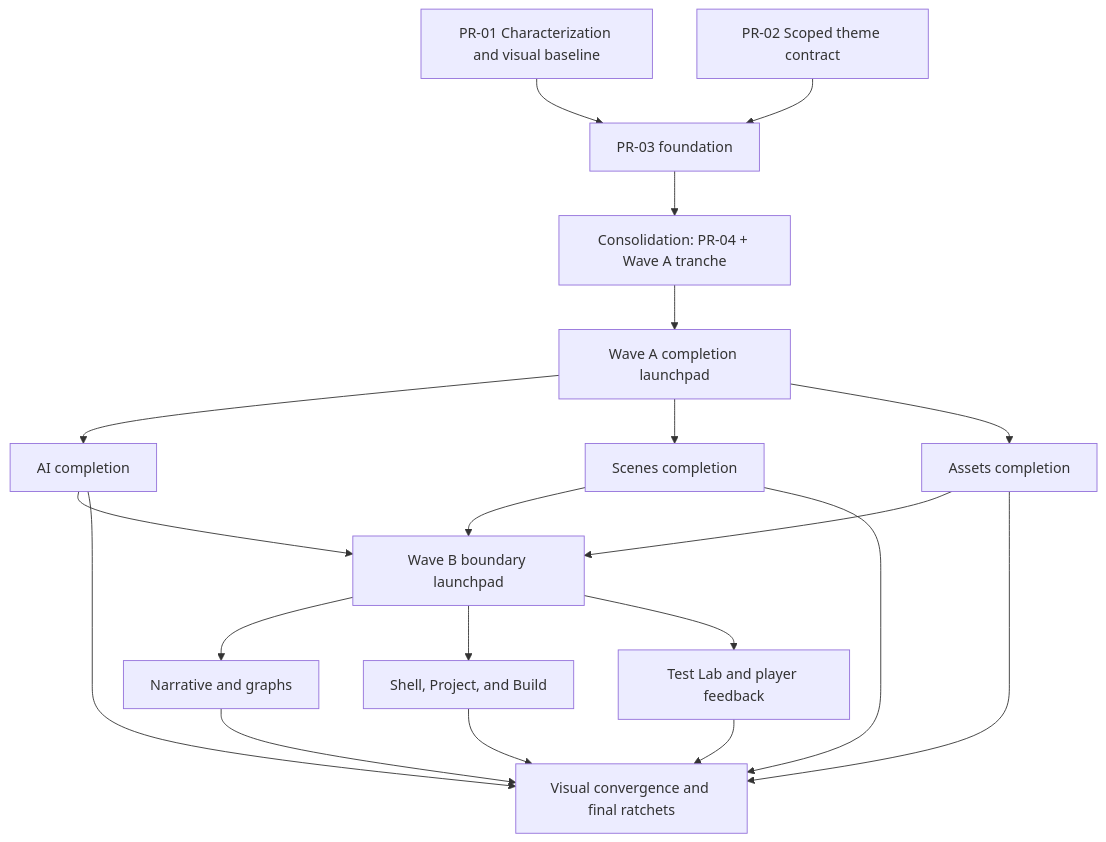
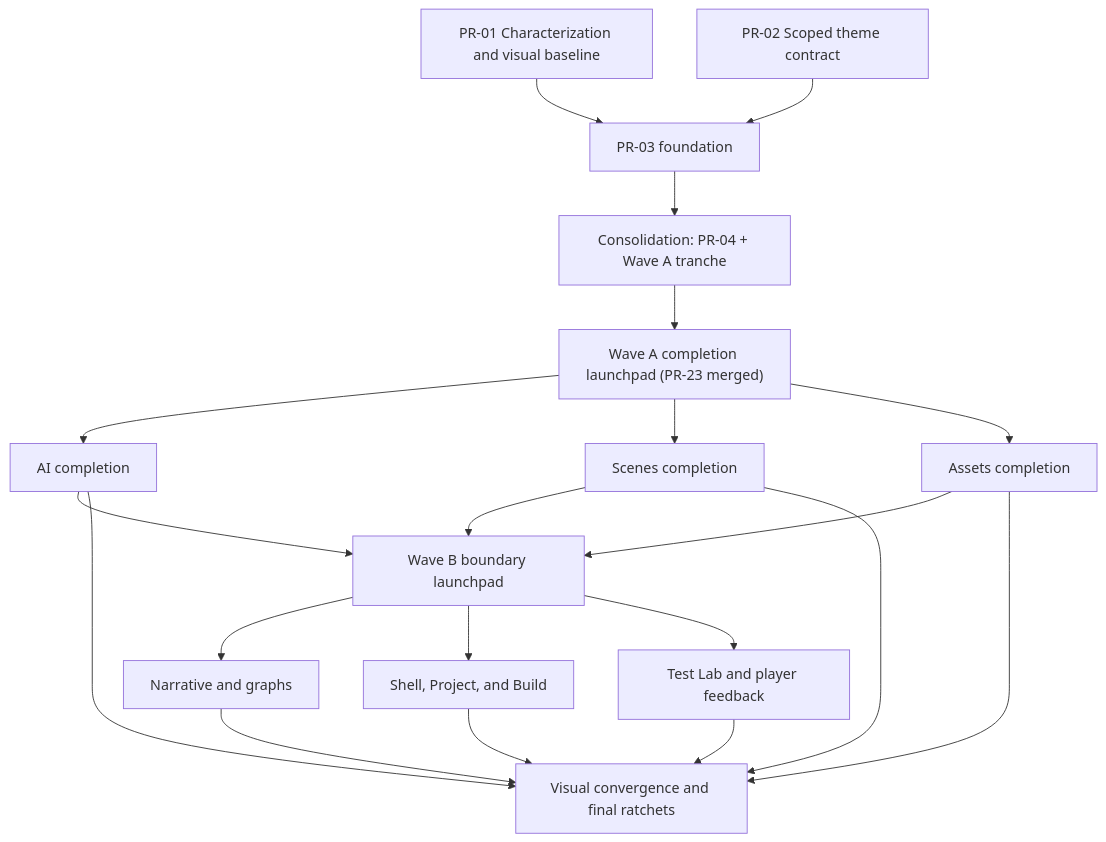
Before and after one commit to danieleforte92/PointAndClickEngine: the diagram in docs/superpowers/plans/2026-07-14-editor-modularization-visual-convergence-roadmap.md, drawn with Mermaid. The commit also changed other lines of this file and 1 other file, not shown here.

Commit message:
docs: mark editor launchpad complete

````diff
--- a/docs/superpowers/plans/2026-07-14-editor-modularization-visual-convergence-roadmap.md
+++ b/docs/superpowers/plans/2026-07-14-editor-modularization-visual-convergence-roadmap.md
@@ -251,36 +254,36 @@
 ```mermaid
 flowchart TD
   P1["PR-01 Characterization and visual baseline"]
   P2["PR-02 Scoped theme contract"]
   P3["PR-03 foundation"]
   C1["Consolidation: PR-04 + Wave A tranche"]
-  LA["Wave A completion launchpad"]
+  LA["Wave A completion launchpad (PR-23 merged)"]
   P5["AI completion"]
   P6["Scenes completion"]
   P7["Assets completion"]
   LB["Wave B boundary launchpad"]
   P8["Narrative and graphs"]
   P9["Shell, Project, and Build"]
   P10["Test Lab and player feedback"]
   P11["Visual convergence and final ratchets"]
 
   P1 --> P3
   P2 --> P3
   P3 --> C1
   C1 --> LA
   LA --> P5
   LA --> P6
   LA --> P7
   P5 --> LB
   P6 --> LB
   P7 --> LB
   LB --> P8
   LB --> P9
   LB --> P10
   P5 --> P11
   P6 --> P11
   P7 --> P11
   P8 --> P11
   P9 --> P11
   P10 --> P11
 ```
````
